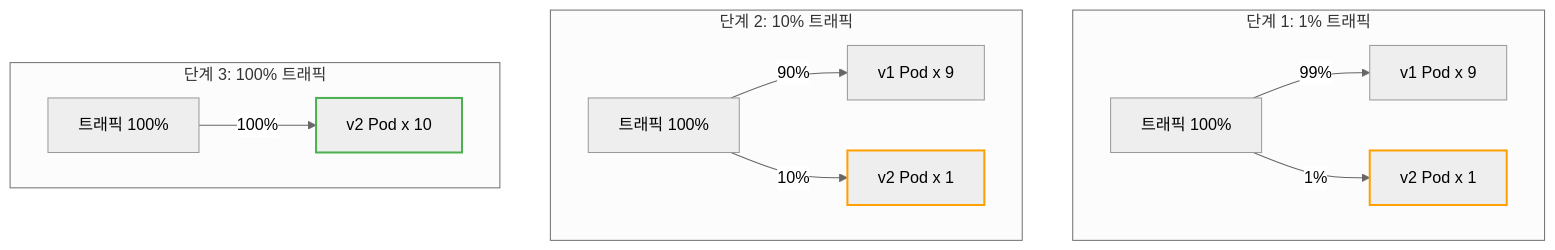
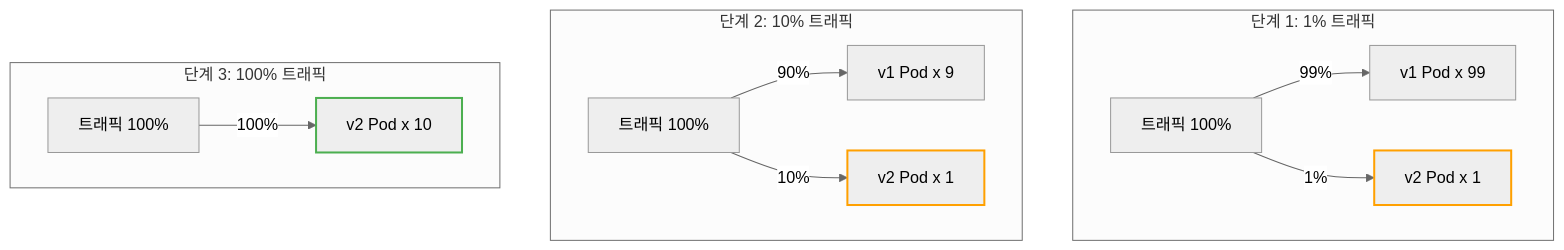
One commit to sskim91/TIL changed the sixth of 10 diagrams in kubernetes/Kubernetes-Deployment-Strategy.md. Above: the diagram before and after it, drawn with Mermaid (neutral theme). The commit also changed other lines of this file and 3 other files, not shown here.

````diff
--- a/kubernetes/Kubernetes-Deployment-Strategy.md
+++ b/kubernetes/Kubernetes-Deployment-Strategy.md
@@ -363,23 +371,23 @@
 ```mermaid
 flowchart TB
     subgraph "단계 1: 1% 트래픽"
         LB1[트래픽 100%]
-        LB1 -->|99%| V1_1[v1 Pod x 9]
+        LB1 -->|99%| V1_1[v1 Pod x 99]
         LB1 -->|1%| V2_1[v2 Pod x 1]
     end
 
     subgraph "단계 2: 10% 트래픽"
         LB2[트래픽 100%]
         LB2 -->|90%| V1_2[v1 Pod x 9]
         LB2 -->|10%| V2_2[v2 Pod x 1]
     end
 
     subgraph "단계 3: 100% 트래픽"
         LB3[트래픽 100%]
         LB3 -->|100%| V2_3[v2 Pod x 10]
     end
 
     style V2_1 stroke:#FFA000,stroke-width:2px
     style V2_2 stroke:#FFA000,stroke-width:2px
     style V2_3 stroke:#4CAF50,stroke-width:2px
 ```
````
